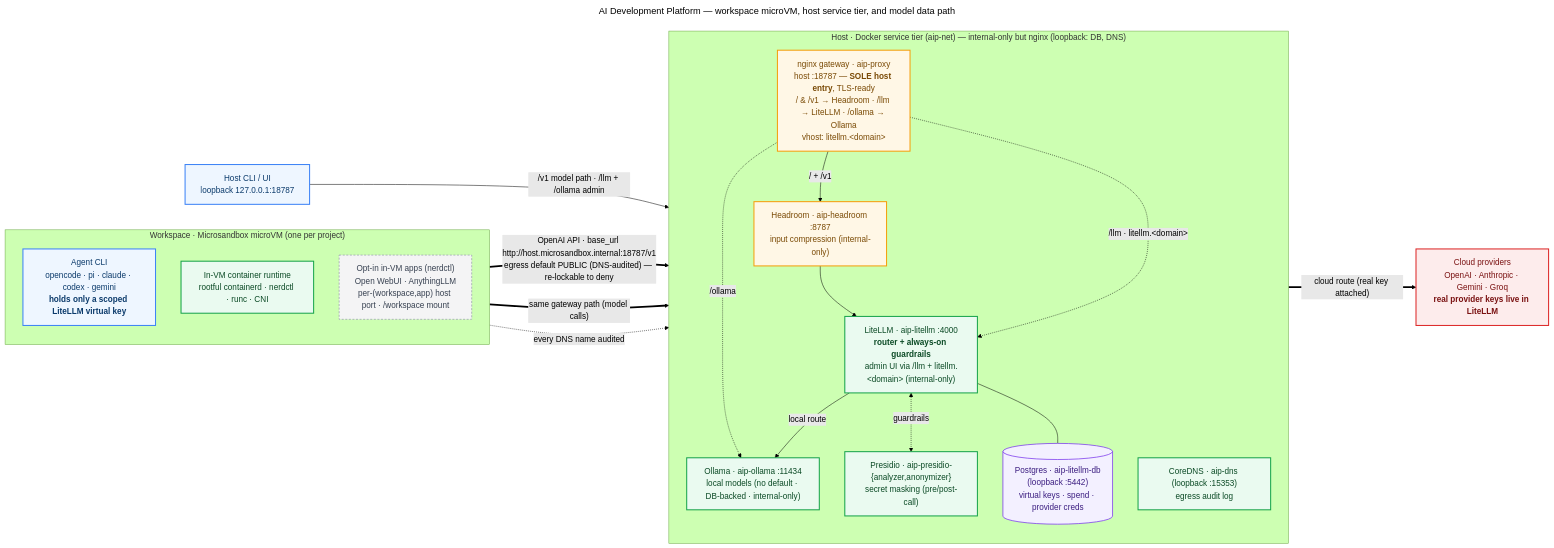
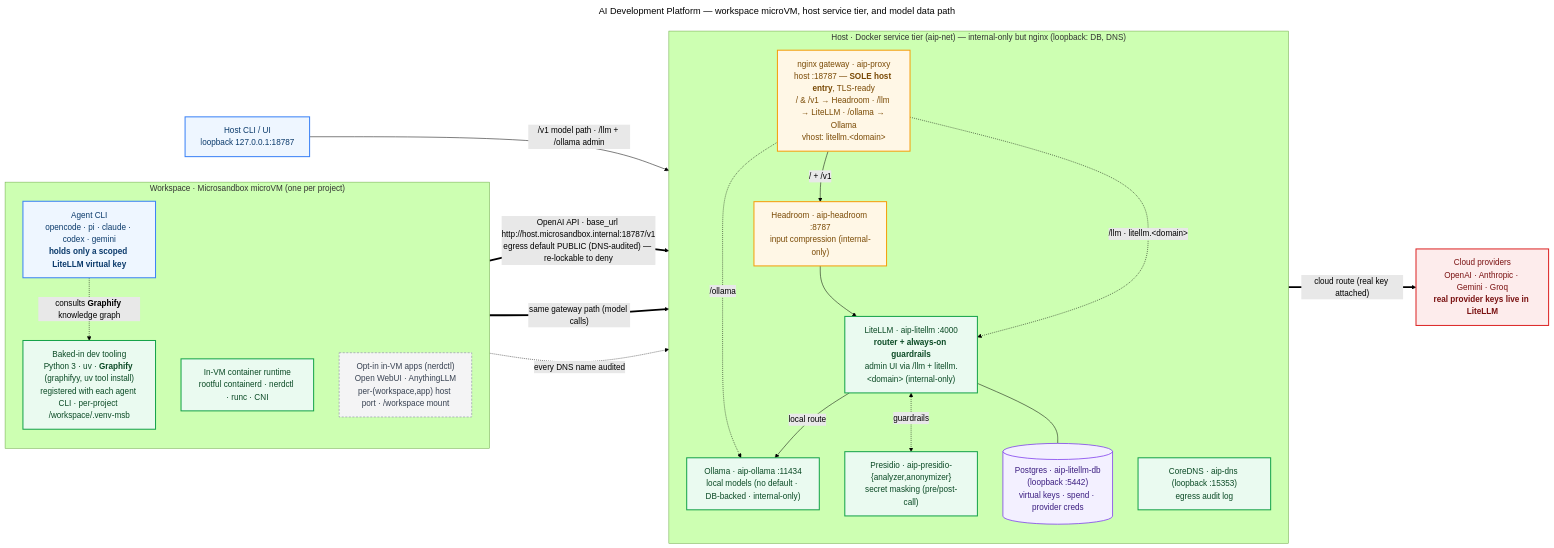
One commit to jt-helsinki/stack-genie changed the diagram in docs/architecture.mmd. Above: the diagram before and after it, drawn with Mermaid (forest theme). The commit also changed 6 other files, not shown here.

First line of the commit message:
docs: document Graphify (+ uv) across specs, docs, and the architecture diagram

```diff
--- a/docs/architecture.mmd
+++ b/docs/architecture.mmd
@@ -1,43 +1,45 @@
 ---
 title: AI Development Platform — workspace microVM, host service tier, and model data path
 ---
 flowchart LR
   classDef vm fill:#eef6ff,stroke:#3b82f6,stroke-width:2px,color:#0b3a6b;
   classDef gw fill:#fff7e6,stroke:#f59e0b,stroke-width:2px,color:#7a4a05;
   classDef core fill:#eafaf0,stroke:#16a34a,stroke-width:2px,color:#0b4a25;
   classDef store fill:#f3f0ff,stroke:#7c3aed,stroke-width:1.5px,color:#3b1d80;
   classDef opt fill:#f4f4f5,stroke:#9ca3af,stroke-width:1.5px,stroke-dasharray:4 3,color:#374151;
   classDef cloud fill:#fdecec,stroke:#dc2626,stroke-width:2px,color:#7a1212;
 
   subgraph WS["Workspace · Microsandbox microVM (one per project)"]
     direction TB
     AGENT["Agent CLI<br/>opencode · pi · claude · codex · gemini<br/><b>holds only a scoped LiteLLM virtual key</b>"]:::vm
     RT["In-VM container runtime<br/>rootful containerd · nerdctl · runc · CNI"]:::core
+    TOOLS["Baked-in dev tooling<br/>Python 3 · uv · <b>Graphify</b> (graphifyy, uv tool install)<br/>registered with each agent CLI · per-project /workspace/.venv-msb"]:::core
     APPS["Opt-in in-VM apps (nerdctl)<br/>Open WebUI · AnythingLLM<br/>per-(workspace,app) host port · /workspace mount"]:::opt
   end
 
   subgraph TIER["Host · Docker service tier (aip-net) — internal-only but nginx (loopback: DB, DNS)"]
     direction TB
     PROXY["nginx gateway · aip-proxy<br/>host :18787 — <b>SOLE host entry</b>, TLS-ready<br/>/ &amp; /v1 → Headroom · /llm → LiteLLM · /ollama → Ollama<br/>vhost: litellm.&lt;domain&gt;"]:::gw
     HEAD["Headroom · aip-headroom :8787<br/>input compression (internal-only)"]:::gw
     LLM["LiteLLM · aip-litellm :4000<br/><b>router + always-on guardrails</b><br/>admin UI via /llm + litellm.&lt;domain&gt; (internal-only)"]:::core
     PG[("Postgres · aip-litellm-db<br/>(loopback :5442)<br/>virtual keys · spend · provider creds")]:::store
     PRES["Presidio · aip-presidio-{analyzer,anonymizer}<br/>secret masking (pre/post-call)"]:::core
     OLL["Ollama · aip-ollama :11434<br/>local models (no default · DB-backed · internal-only)"]:::core
     DNS["CoreDNS · aip-dns (loopback :15353)<br/>egress audit log"]:::core
   end
 
   CLI["Host CLI / UI<br/>loopback 127.0.0.1:18787"]:::vm
   CLOUD["Cloud providers<br/>OpenAI · Anthropic · Gemini · Groq<br/><b>real provider keys live in LiteLLM</b>"]:::cloud
 
   AGENT == "OpenAI API · base_url http://host.microsandbox.internal:18787/v1<br/>egress default PUBLIC (DNS-audited) — re-lockable to deny" ==> PROXY
   APPS == "same gateway path (model calls)" ==> PROXY
   CLI -- "/v1 model path · /llm + /ollama admin" --> PROXY
   AGENT -. "every DNS name audited" .-> DNS
+  AGENT -. "consults <b>Graphify</b> knowledge graph" .-> TOOLS
   PROXY -- "/ + /v1" --> HEAD --> LLM
   PROXY -. "/llm · litellm.&lt;domain&gt;" .-> LLM
   PROXY -. "/ollama" .-> OLL
   LLM <-. "guardrails" .-> PRES
   LLM --- PG
   LLM -- "local route" --> OLL
   LLM == "cloud route (real key attached)" ==> CLOUD
```
